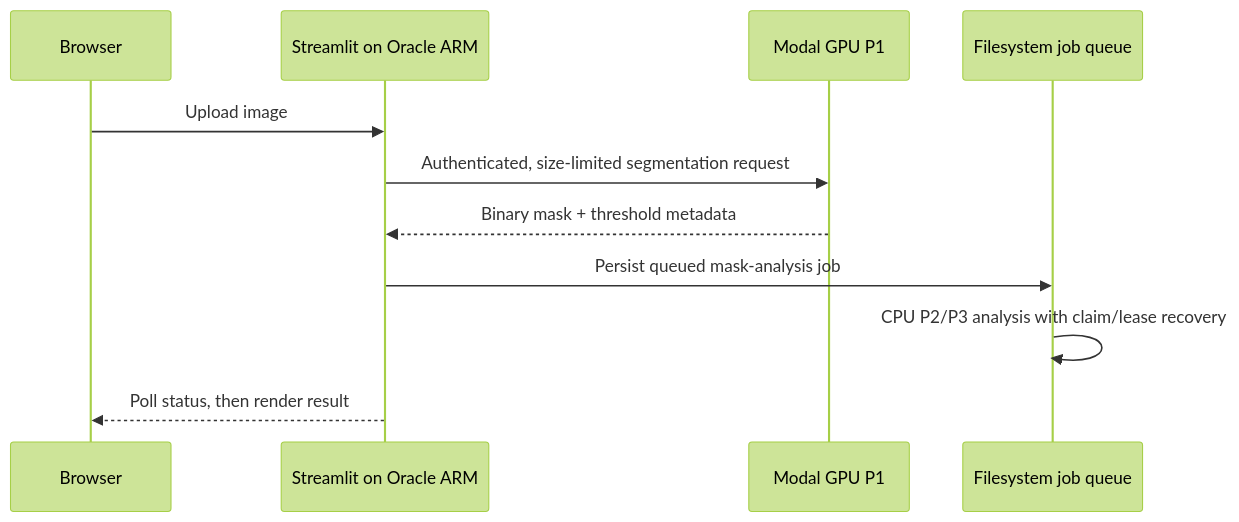
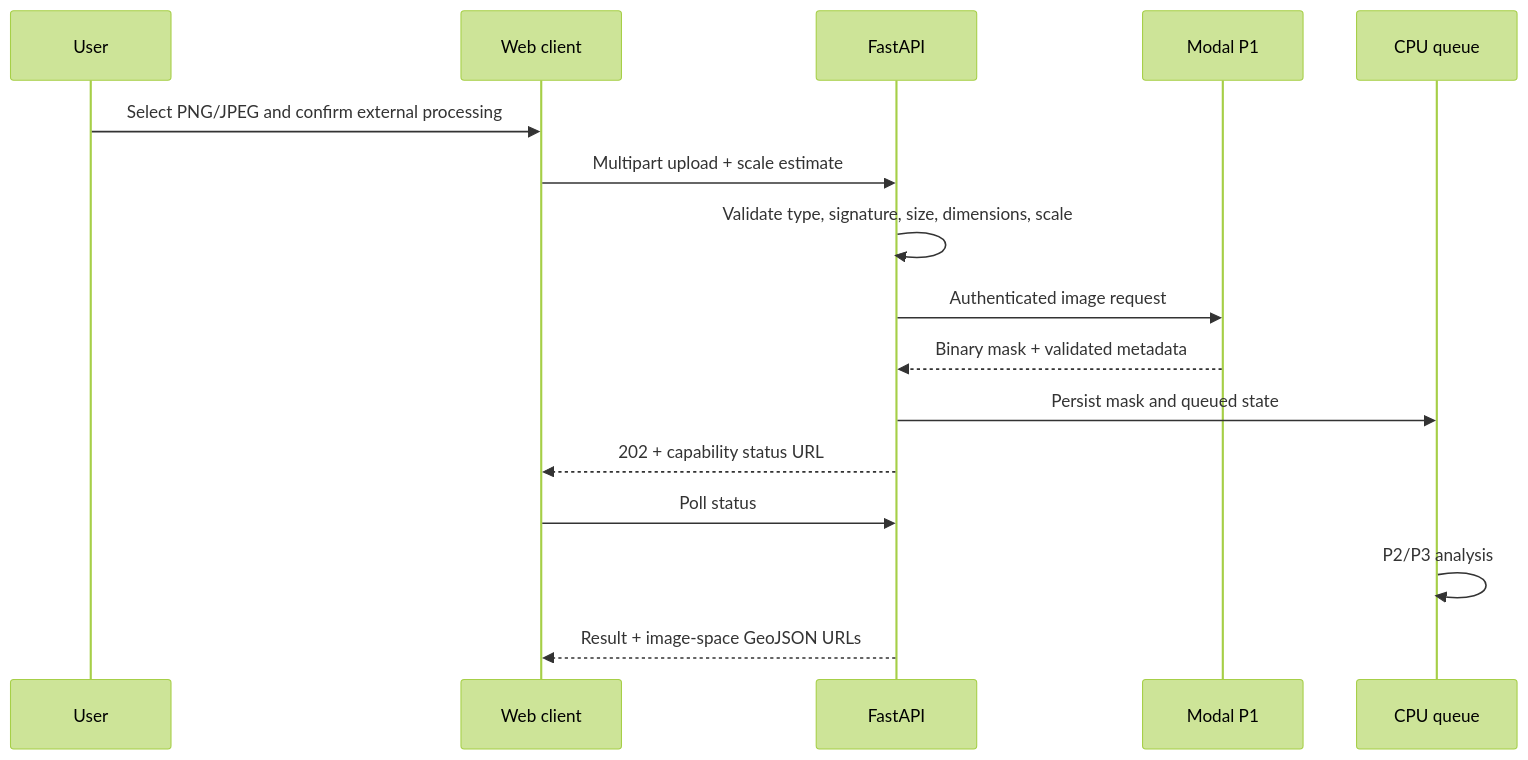
The second of 3 diagrams in docs/TRD.md (Akshat-Tiwari69/Trace), drawn with Mermaid (forest theme) before and after one commit. The commit also changed other lines of this file and 115 other files, not shown here.

````diff
--- a/docs/TRD.md
+++ b/docs/TRD.md
@@ -30,13 +61,18 @@
 ```mermaid
 sequenceDiagram
-    participant U as Browser
-    participant S as Streamlit on Oracle ARM
-    participant M as Modal GPU P1
-    participant Q as Filesystem job queue
-    U->>S: Upload image
-    S->>M: Authenticated, size-limited segmentation request
-    M-->>S: Binary mask + threshold metadata
-    S->>Q: Persist queued mask-analysis job
-    Q->>Q: CPU P2/P3 analysis with claim/lease recovery
-    S-->>U: Poll status, then render result
+    participant U as User
+    participant W as Web client
+    participant A as FastAPI
+    participant M as Modal P1
+    participant Q as CPU queue
+    U->>W: Select PNG/JPEG and confirm external processing
+    W->>A: Multipart upload + scale estimate
+    A->>A: Validate type, signature, size, dimensions, scale
+    A->>M: Authenticated image request
+    M-->>A: Binary mask + validated metadata
+    A->>Q: Persist mask and queued state
+    A-->>W: 202 + capability status URL
+    W->>A: Poll status
+    Q->>Q: P2/P3 analysis
+    A-->>W: Result + image-space GeoJSON URLs
 ```
````
